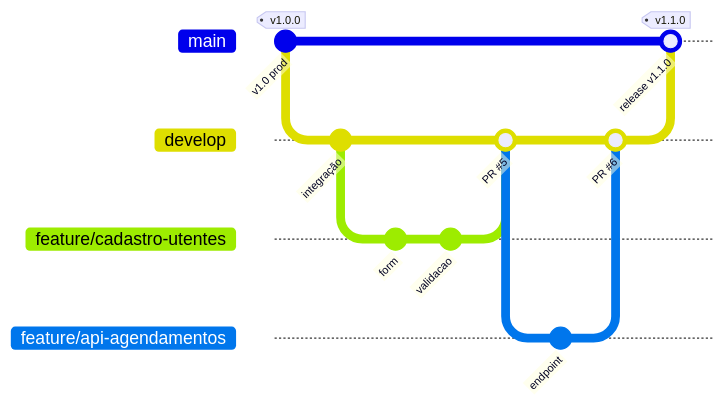
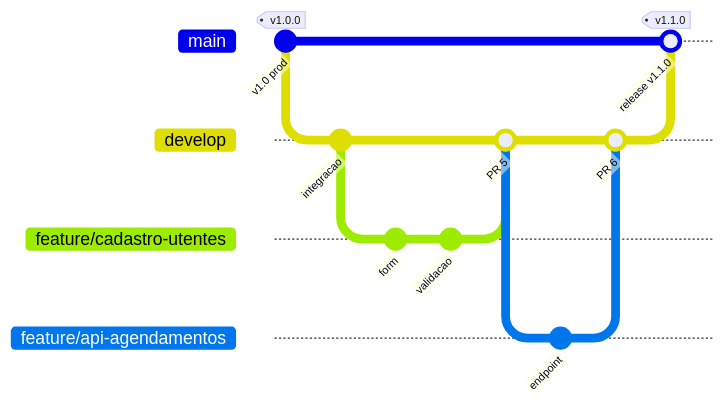
One commit to BerniloBernardo-boot/Git-e-GitHub changed the first of 3 diagrams in 08-Workflows-Profissionais/02-Workflow-Cuidar-Angola.md. Above: the diagram before and after it, drawn with Mermaid. The commit also changed other lines of this file and 27 other files, not shown here.

````diff
--- a/08-Workflows-Profissionais/02-Workflow-Cuidar-Angola.md
+++ b/08-Workflows-Profissionais/02-Workflow-Cuidar-Angola.md
@@ -7,17 +15,17 @@
 ```mermaid
 gitGraph
     commit id: "v1.0 prod" tag: "v1.0.0"
     branch develop
-    commit id: "integração"
+    commit id: "integracao"
     branch feature/cadastro-utentes
     commit id: "form"
     commit id: "validacao"
     checkout develop
-    merge feature/cadastro-utentes id: "PR #5"
+    merge feature/cadastro-utentes id: "PR 5"
     branch feature/api-agendamentos
     commit id: "endpoint"
     checkout develop
-    merge feature/api-agendamentos id: "PR #6"
+    merge feature/api-agendamentos id: "PR 6"
     checkout main
     merge develop id: "release v1.1.0" tag: "v1.1.0"
 ```
````
